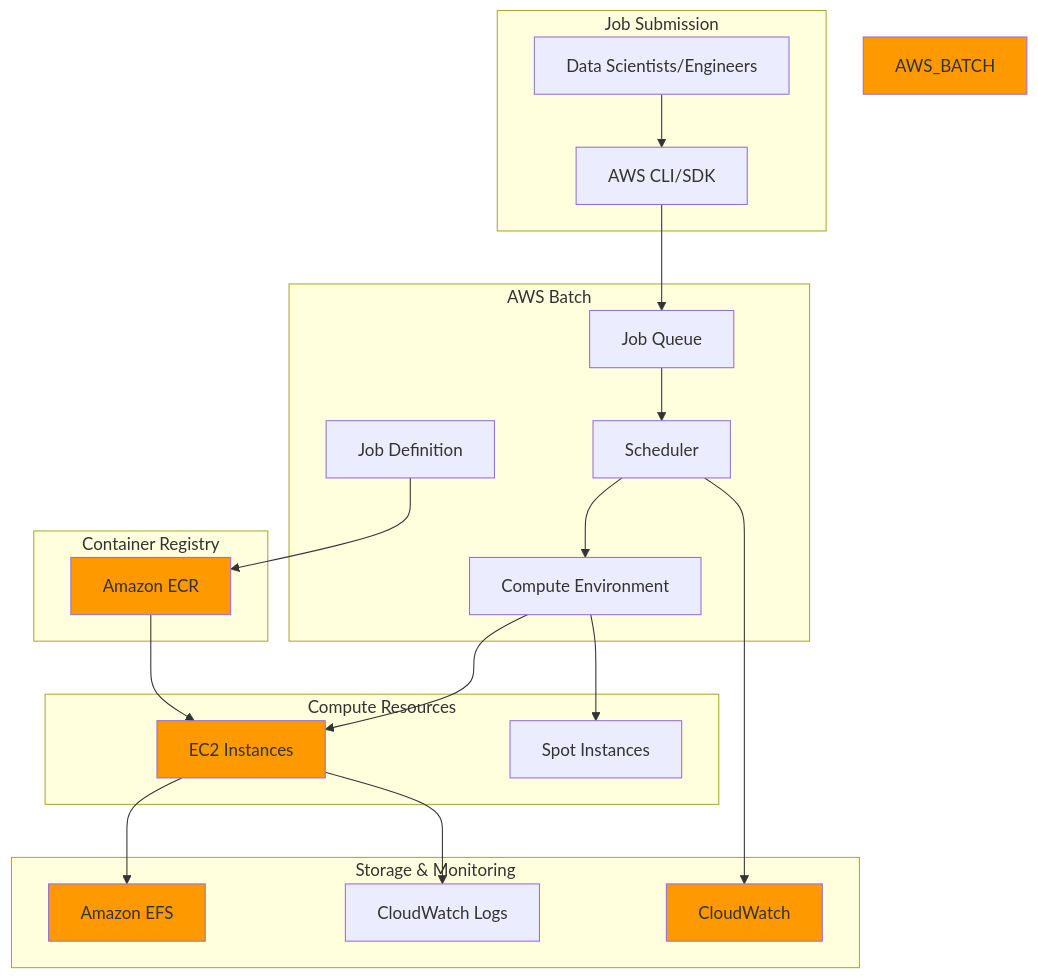
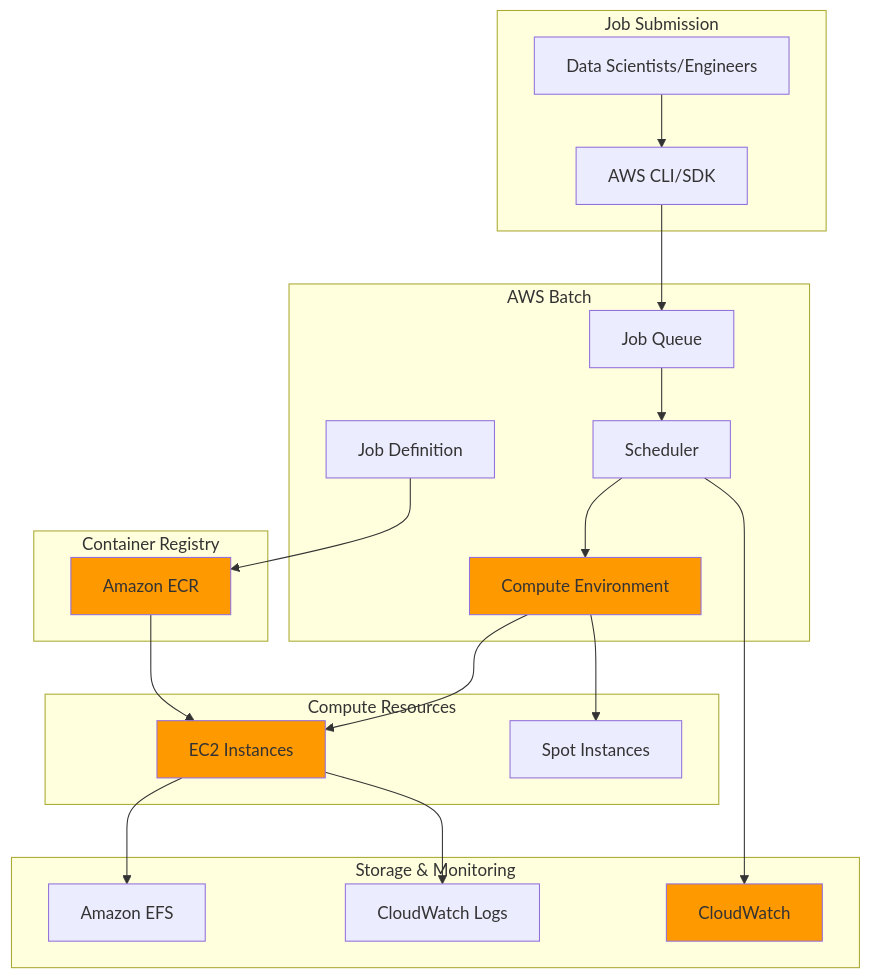
One commit to mzazon/awesome-cloud-projects changed the diagram in aws/batch-processing-aws-batch/batch-processing-aws-batch.md. Above: the diagram before and after it, drawn with Mermaid. The commit also changed other lines of this file and 5581 other files, not shown here.

````diff
--- a/aws/batch-processing-aws-batch/batch-processing-aws-batch.md
+++ b/aws/batch-processing-aws-batch/batch-processing-aws-batch.md
@@ -30,47 +30,46 @@
 ```mermaid
 graph TB
     subgraph "Job Submission"
         USER[Data Scientists/Engineers]
         CLI[AWS CLI/SDK]
     end
     
     subgraph "AWS Batch"
         JQ[Job Queue]
         CE[Compute Environment]
         JD[Job Definition]
         SCH[Scheduler]
     end
     
     subgraph "Container Registry"
         ECR[Amazon ECR]
     end
     
     subgraph "Compute Resources"
         EC2[EC2 Instances]
         SPOT[Spot Instances]
     end
     
     subgraph "Storage & Monitoring"
         EFS[Amazon EFS]
         CW[CloudWatch]
         LOGS[CloudWatch Logs]
     end
     
     USER-->CLI
     CLI-->JQ
     JQ-->SCH
     SCH-->CE
     CE-->EC2
     CE-->SPOT
     JD-->ECR
     ECR-->EC2
     EC2-->EFS
     EC2-->LOGS
     SCH-->CW
     
-    style AWS_BATCH fill:#FF9900
+    style CE fill:#FF9900
     style ECR fill:#FF9900
     style EC2 fill:#FF9900
-    style EFS fill:#FF9900
     style CW fill:#FF9900
 ```
````
